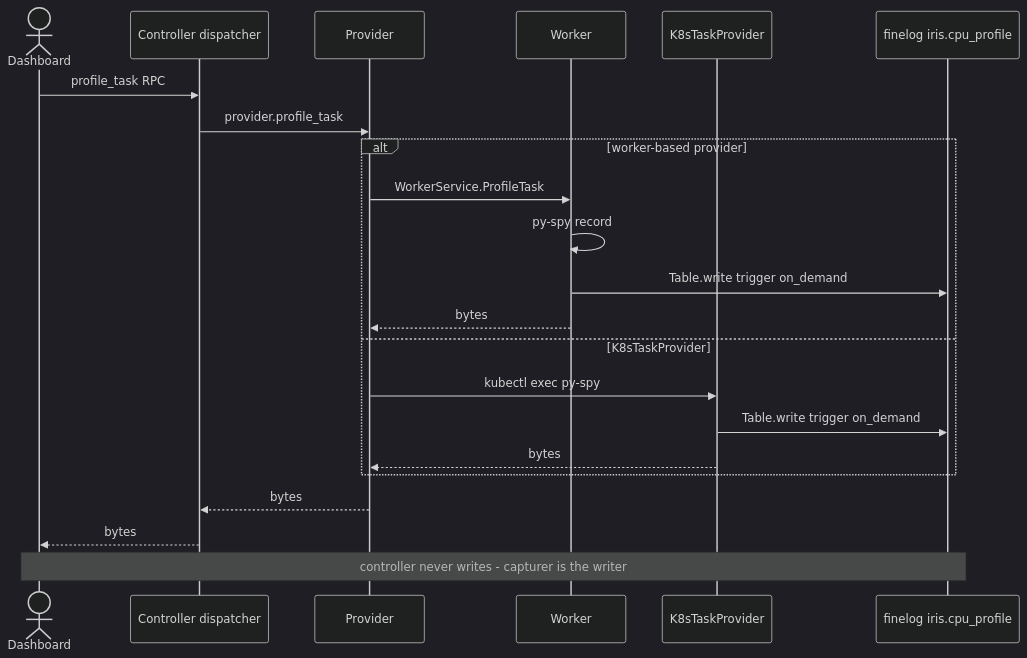
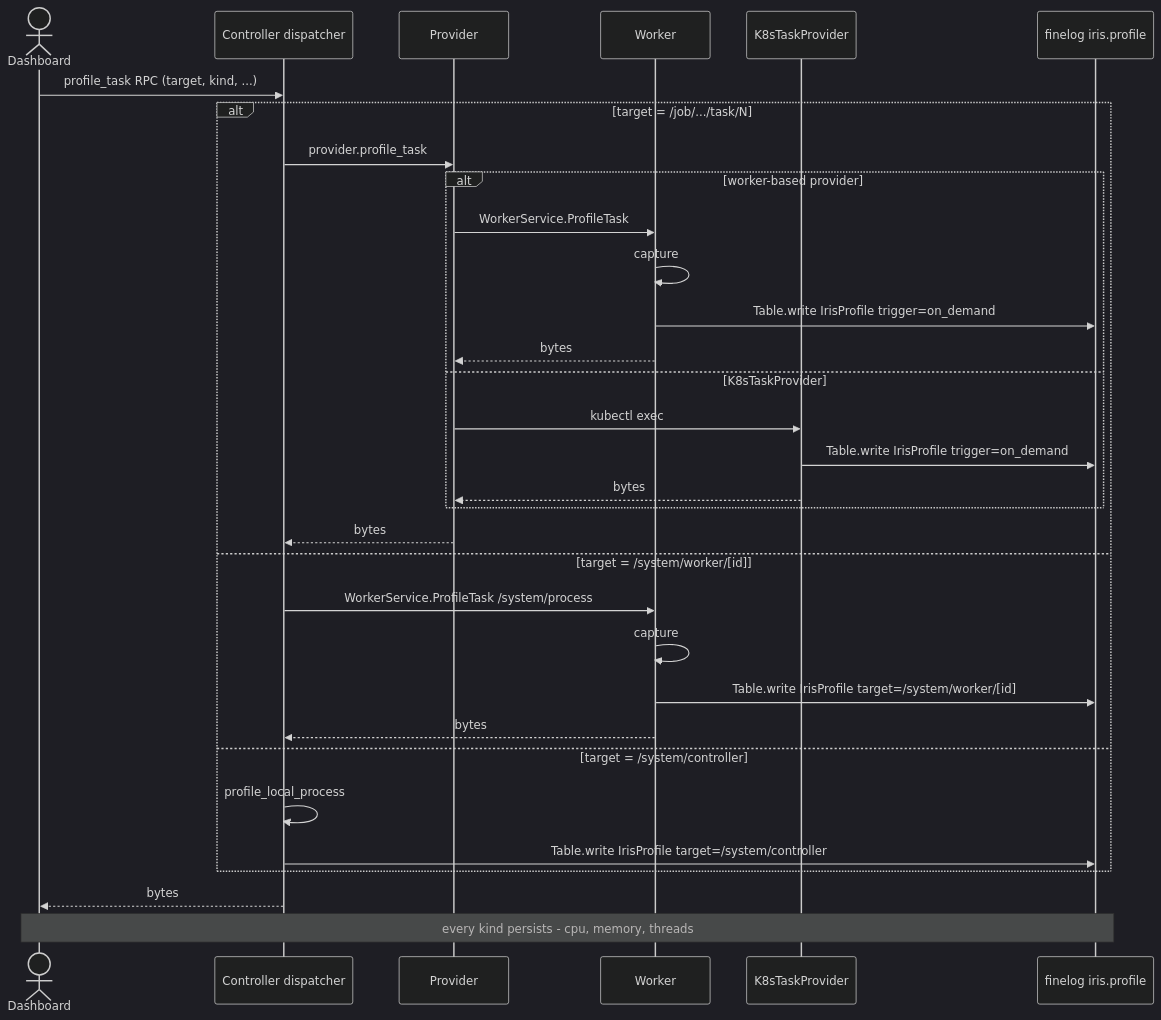
Before and after one commit to marin-community/marin: the fourth of 6 diagrams in .agents/projects/iris_profile_to_finelog/design.md, drawn with Mermaid (dark theme). The commit also changed other lines of this file and 1 other file, not shown here.

First line of the commit message:
[Design] iris_profile_to_finelog: unify namespace, persist all kinds, restore controller self-profile

````diff
--- a/.agents/projects/iris_profile_to_finelog/design.md
+++ b/.agents/projects/iris_profile_to_finelog/design.md
@@ -71,24 +71,34 @@
 ```mermaid
 sequenceDiagram
     actor User as Dashboard
     participant CTL as Controller dispatcher
     participant PROV as Provider
     participant W as Worker
     participant K8S as K8sTaskProvider
-    participant FL as finelog iris.cpu_profile
-    User->>CTL: profile_task RPC
-    CTL->>PROV: provider.profile_task
-    alt worker-based provider
-        PROV->>W: WorkerService.ProfileTask
-        W->>W: py-spy record
-        W->>FL: Table.write trigger on_demand
-        W-->>PROV: bytes
-    else K8sTaskProvider
-        PROV->>K8S: kubectl exec py-spy
-        K8S->>FL: Table.write trigger on_demand
-        K8S-->>PROV: bytes
+    participant FL as finelog iris.profile
+    User->>CTL: profile_task RPC (target, kind, ...)
+    alt target = /job/.../task/N
+        CTL->>PROV: provider.profile_task
+        alt worker-based provider
+            PROV->>W: WorkerService.ProfileTask
+            W->>W: capture
+            W->>FL: Table.write IrisProfile trigger=on_demand
+            W-->>PROV: bytes
+        else K8sTaskProvider
+            PROV->>K8S: kubectl exec
+            K8S->>FL: Table.write IrisProfile trigger=on_demand
+            K8S-->>PROV: bytes
+        end
+        PROV-->>CTL: bytes
+    else target = /system/worker/[id]
+        CTL->>W: WorkerService.ProfileTask /system/process
+        W->>W: capture
+        W->>FL: Table.write IrisProfile target=/system/worker/[id]
+        W-->>CTL: bytes
+    else target = /system/controller
+        CTL->>CTL: profile_local_process
+        CTL->>FL: Table.write IrisProfile target=/system/controller
     end
-    PROV-->>CTL: bytes
     CTL-->>User: bytes
-    Note over User,FL: controller never writes - capturer is the writer
+    Note over User,FL: every kind persists - cpu, memory, threads
 ```
````
